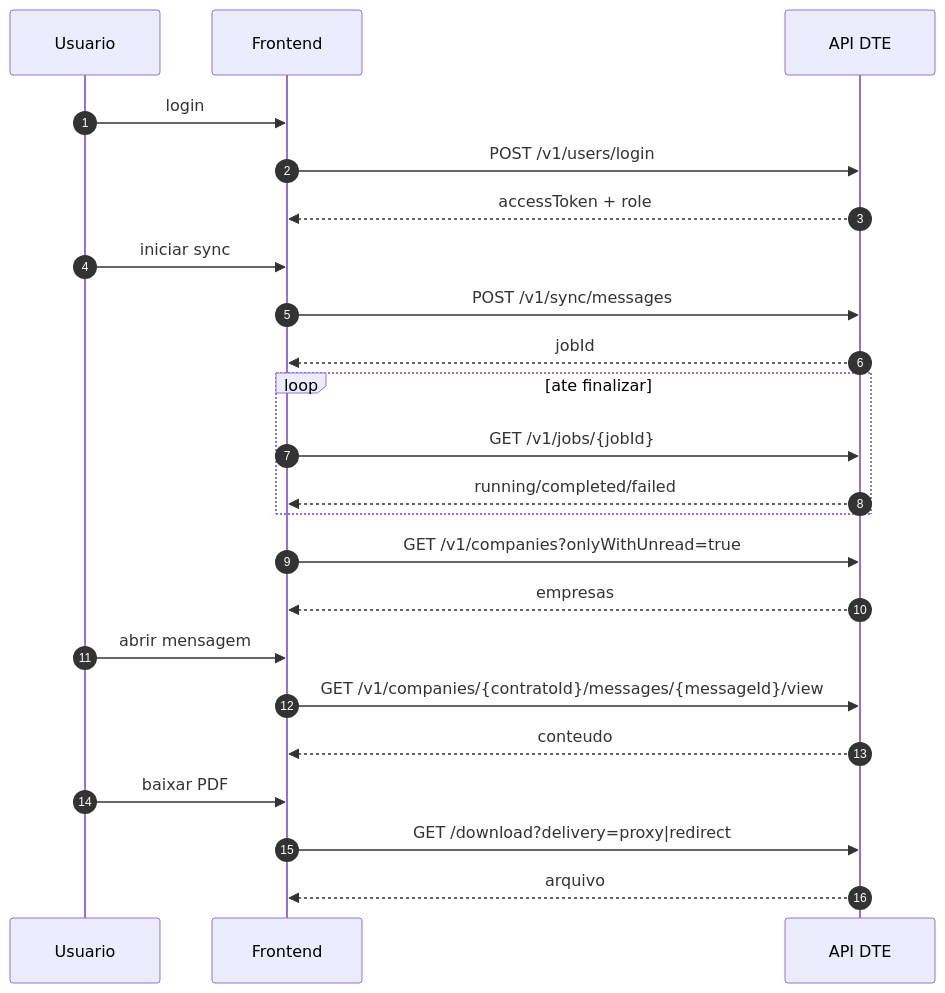
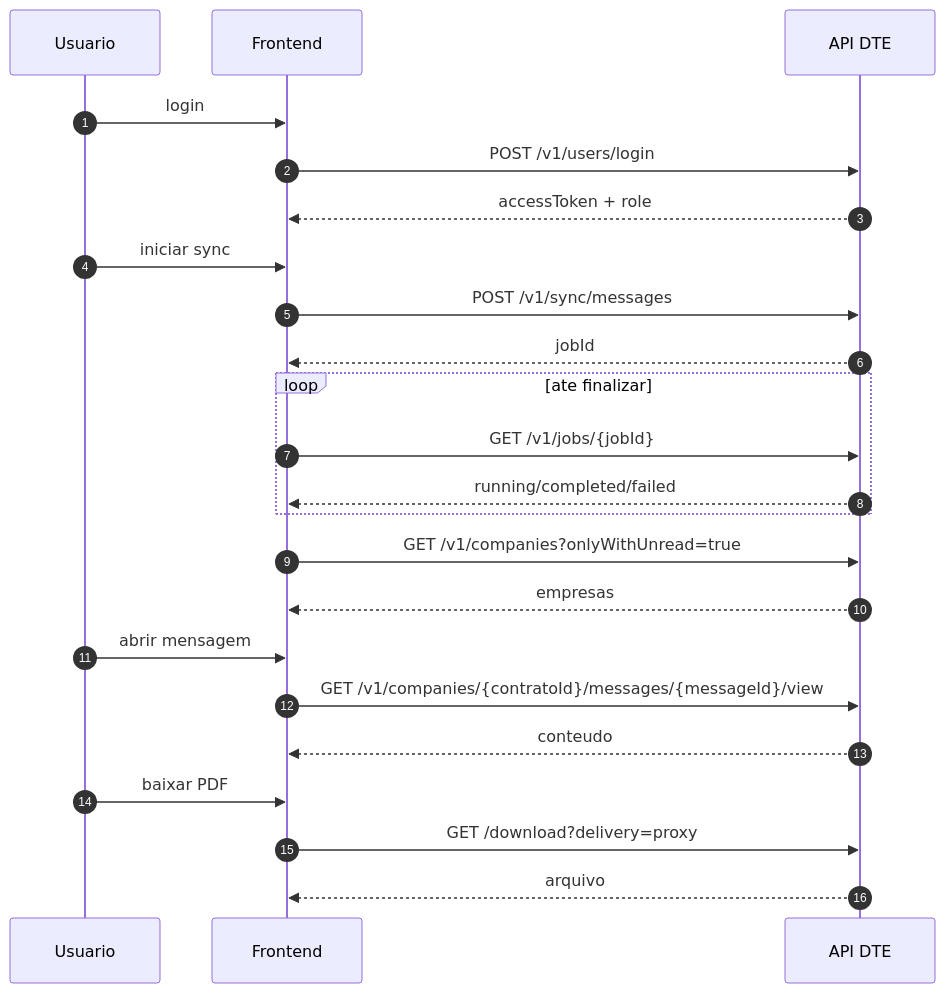
One commit to MaxTecnology/DTEHub-front changed the diagram in docs/frontend-proposta.md. Above: the diagram before and after it, drawn with Mermaid. The commit also changed other lines of this file and 11 other files, not shown here.

````diff
--- a/docs/frontend-proposta.md
+++ b/docs/frontend-proposta.md
@@ -107,31 +107,31 @@
 ```mermaid
 sequenceDiagram
     autonumber
     participant U as Usuario
     participant FE as Frontend
     participant API as API DTE
 
     U->>FE: login
     FE->>API: POST /v1/users/login
     API-->>FE: accessToken + role
 
     U->>FE: iniciar sync
     FE->>API: POST /v1/sync/messages
     API-->>FE: jobId
 
     loop ate finalizar
       FE->>API: GET /v1/jobs/{jobId}
       API-->>FE: running/completed/failed
     end
 
     FE->>API: GET /v1/companies?onlyWithUnread=true
     API-->>FE: empresas
 
     U->>FE: abrir mensagem
     FE->>API: GET /v1/companies/{contratoId}/messages/{messageId}/view
     API-->>FE: conteudo
 
     U->>FE: baixar PDF
-    FE->>API: GET /download?delivery=proxy|redirect
+    FE->>API: GET /download?delivery=proxy
     API-->>FE: arquivo
 ```
````
